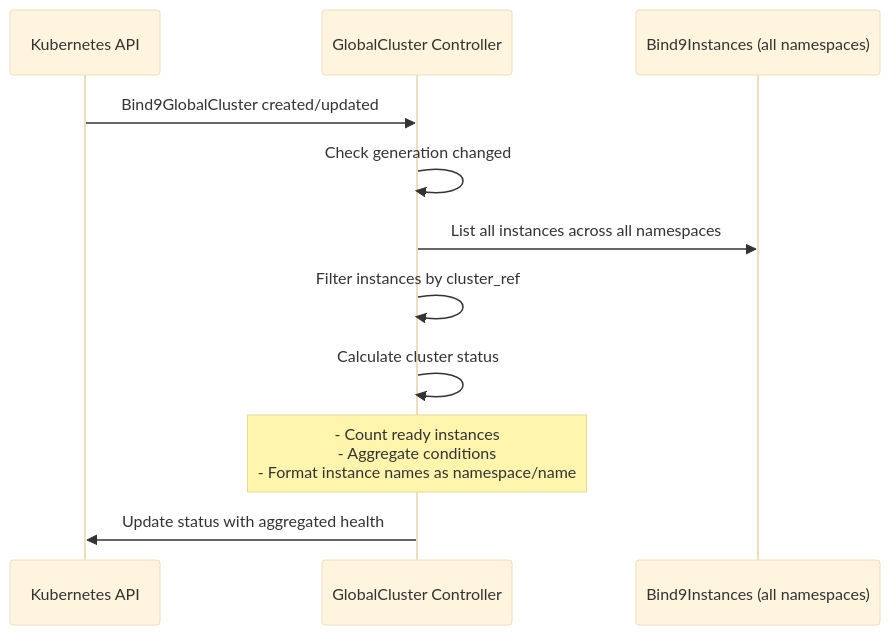
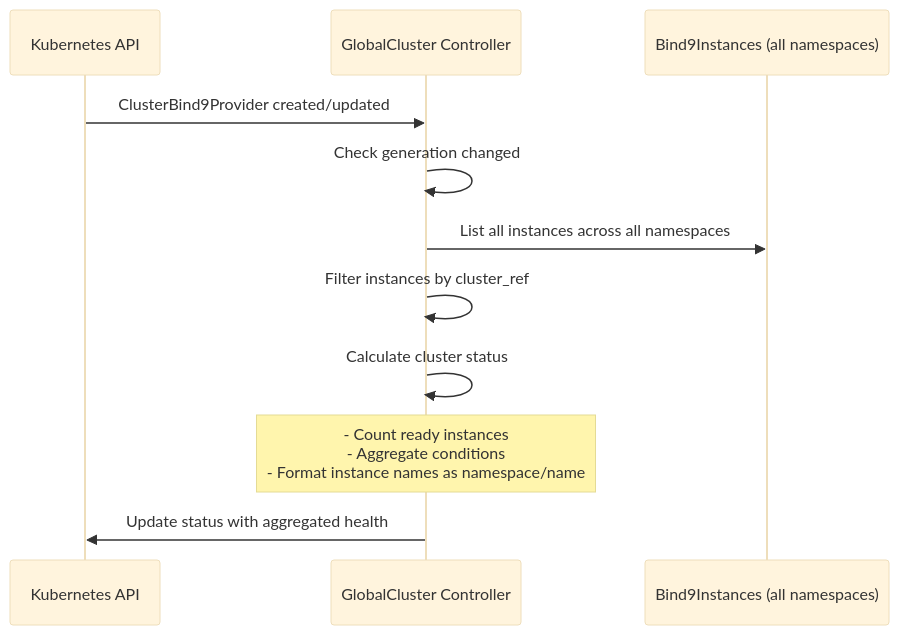
The fifth of 9 diagrams in docs/src/guide/architecture.md (firestoned/bindy), drawn with Mermaid (base theme) before and after one commit. The commit also changed other lines of this file and 42 other files, not shown here.

Commit message:
Major: rename CRD Bind9GlobalCluster to ClusterBind9Provider

````diff
--- a/docs/src/guide/architecture.md
+++ b/docs/src/guide/architecture.md
@@ -205,14 +205,14 @@
 ```mermaid
 sequenceDiagram
     participant K8s as Kubernetes API
     participant Controller as GlobalCluster Controller
     participant Instances as Bind9Instances (all namespaces)
 
-    K8s->>Controller: Bind9GlobalCluster created/updated
+    K8s->>Controller: ClusterBind9Provider created/updated
     Controller->>Controller: Check generation changed
     Controller->>Instances: List all instances across all namespaces
     Controller->>Controller: Filter instances by cluster_ref
     Controller->>Controller: Calculate cluster status
     Note over Controller: - Count ready instances<br/>- Aggregate conditions<br/>- Format instance names as namespace/name
     Controller->>K8s: Update status with aggregated health
 ```
````
